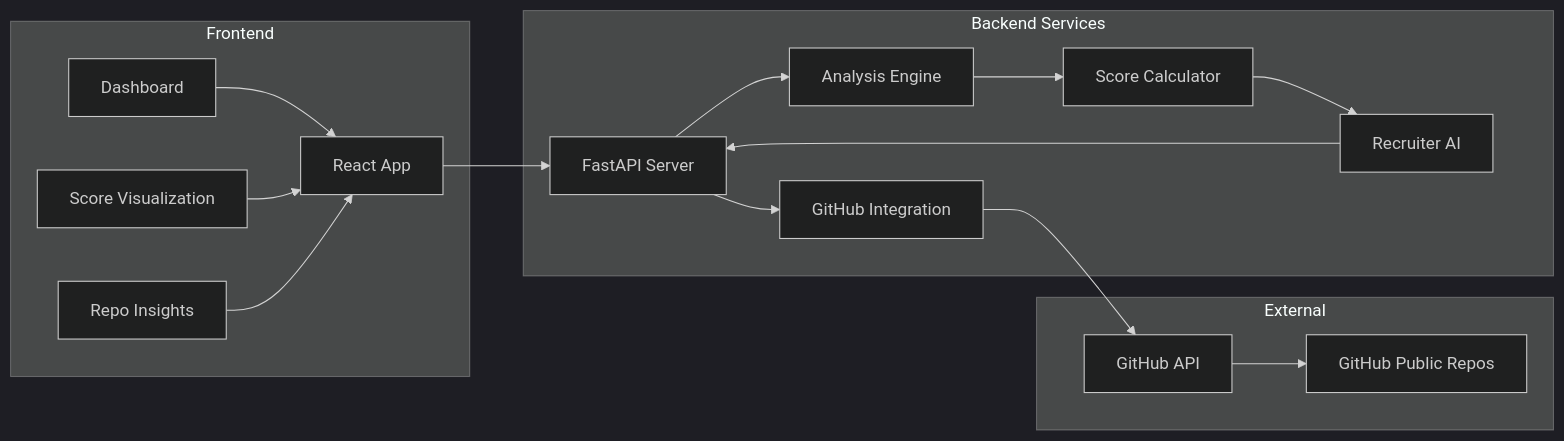
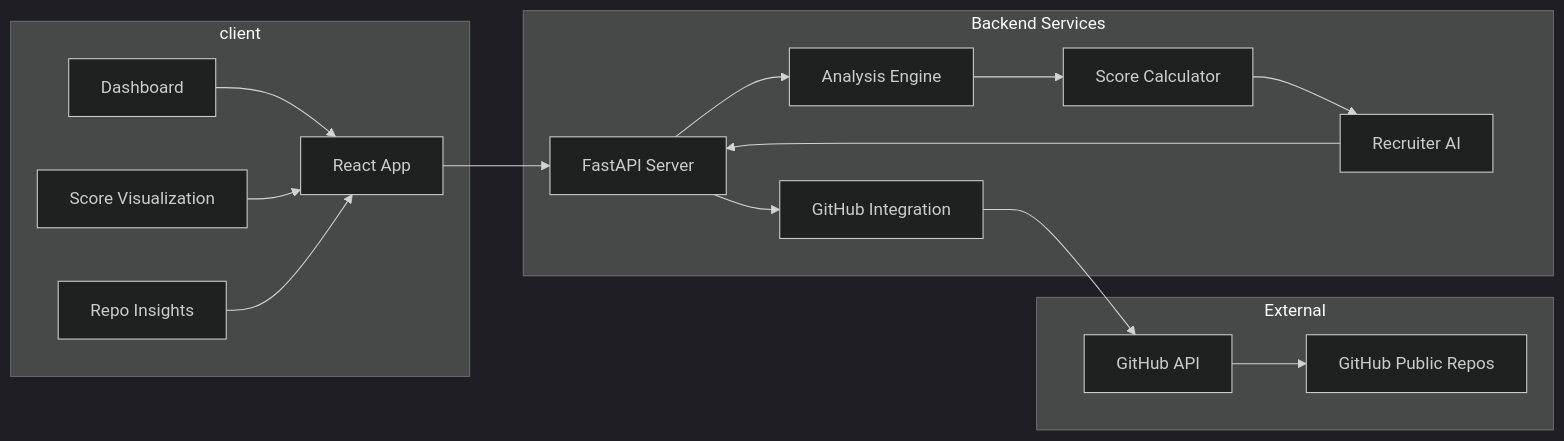
The second of 6 diagrams in README.md (ankush850/GitHub-portfolio-analysis-tool), drawn with Mermaid (dark theme) before and after one commit. The commit also changed other lines of this file, not shown here.

First line of the commit message:
Revise README for project details and architecture

````diff
--- a/README.md
+++ b/README.md
@@ -98,35 +98,35 @@
 ```mermaid
 graph LR
-    subgraph "Frontend"
+    subgraph "client"
         A[React App]
         B[Dashboard]
         C[Score Visualization]
         D[Repo Insights]
     end
     
     subgraph "Backend Services"
         E[FastAPI Server]
         F[GitHub Integration]
         G[Analysis Engine]
         H[Score Calculator]
         I[Recruiter AI]
     end
     
     subgraph "External"
         J[GitHub API]
         K[GitHub Public Repos]
     end
     
     A --> E
     B --> A
     C --> A
     D --> A
     E --> F
     E --> G
     G --> H
     H --> I
     F --> J
     J --> K
     I --> E
 
 ```
````
